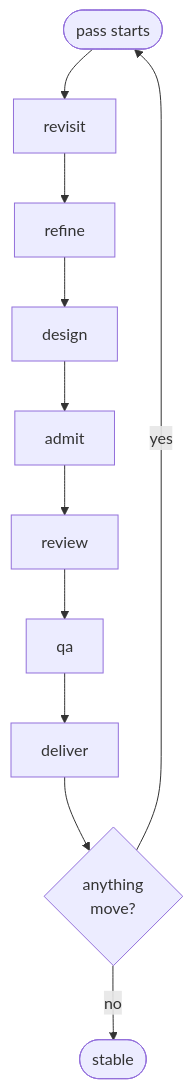
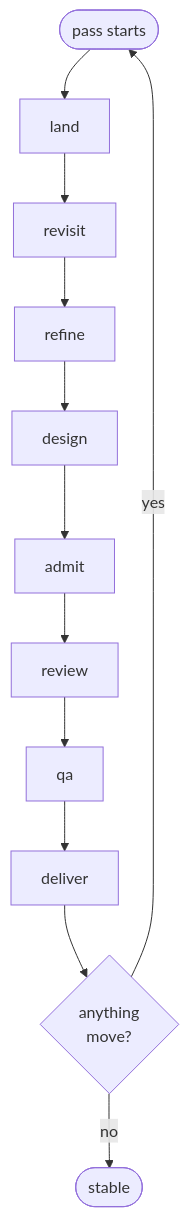
Before and after one commit to mqucifer/crew: the second of 2 diagrams in docs/running-the-crew.md, drawn with Mermaid. The commit also changed other lines of this file and 2 other files, not shown here.

Commit message:
feat: each tick pass lands and closes finished work first (#388)
A pass ran revisit → refine → design → admit → review → qa → deliver, with
the bookkeeping last: merges in deliver, finished epics in qa. The holds are
judged earlier ("technical work lands first", "builds on #304"), so a merge
or a closed epic that released one was only seen a pass later. Sprint 11's
first ticks each stopped at the pass cap with holds on finished work.

A new first phase, land, lands approved work and closes finished stories and
epics before any hold is judged. deliver still lands too, for work approved
later in the pass, and the tick's queue wait counts what land queued. The
phase order is otherwise unchanged (the Sponsor chose this over a full
reorder).

Claude-Session: https://claude.ai/code/session_01JjuHfT81vPezxa1ZfYvqUX

````diff
--- a/docs/running-the-crew.md
+++ b/docs/running-the-crew.md
@@ -65,13 +65,14 @@
 ```mermaid
 flowchart TD
-  S([pass starts]) --> RV[revisit]
+  S([pass starts]) --> L[land]
+  L --> RV[revisit]
   RV --> R[refine]
   R --> DN[design]
   DN --> A[admit]
   A --> V[review]
   V --> Q[qa]
   Q --> D[deliver]
   D --> M{anything<br/>move?}
   M -- yes --> S
   M -- no --> E([stable])
 ```
````
